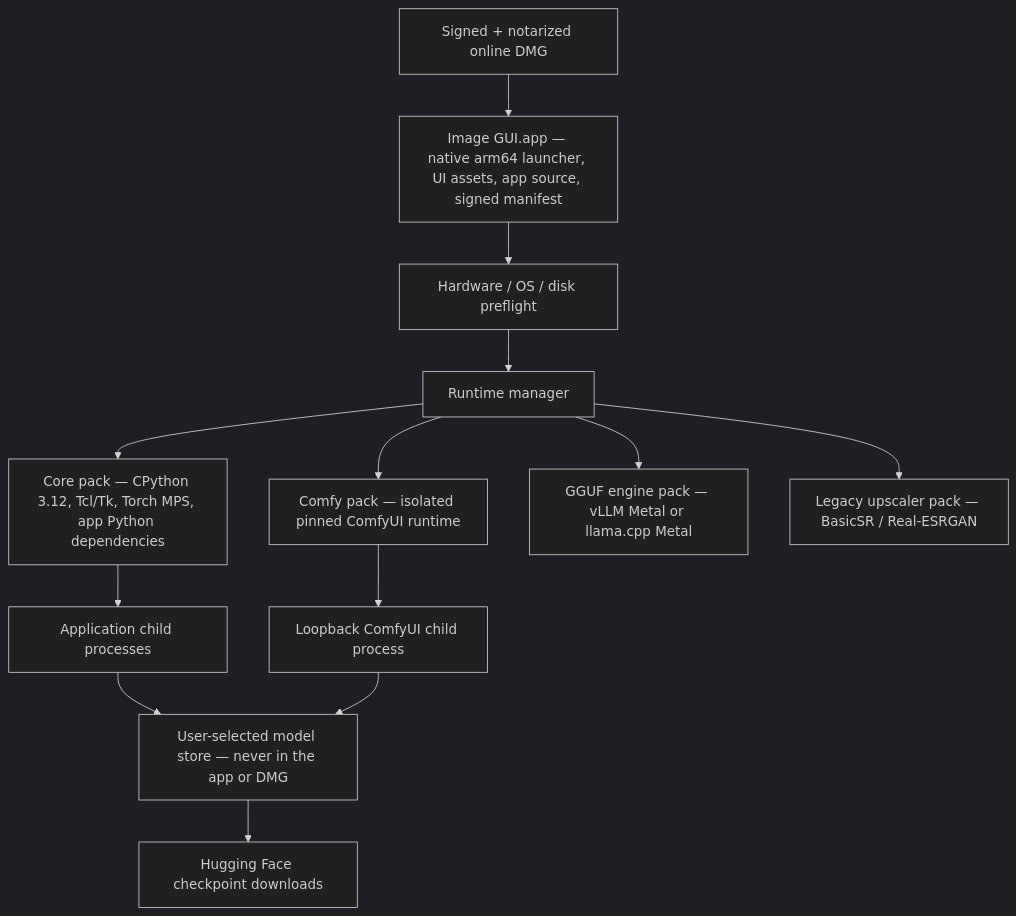
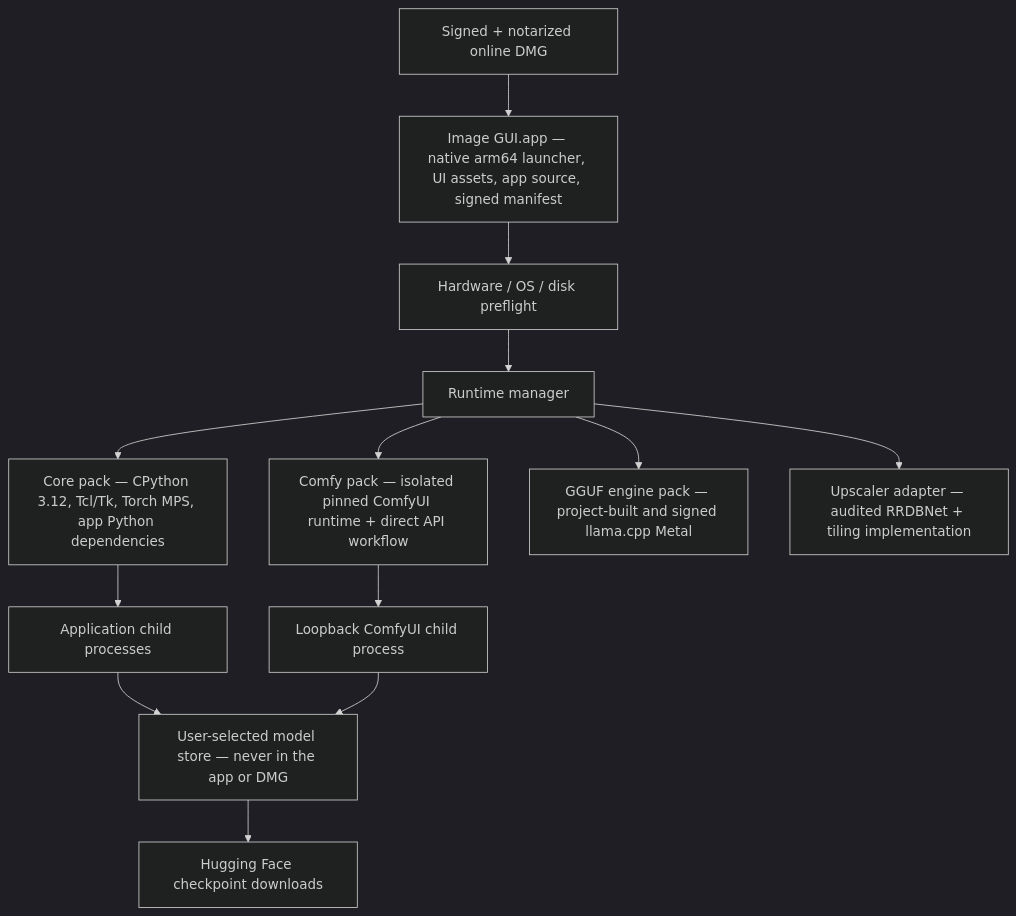
The second of 2 diagrams in docs/README.md (jaredturck/Image-GUI), drawn with Mermaid (dark theme) before and after one commit. The commit also changed other lines of this file, not shown here.

````diff
--- a/docs/README.md
+++ b/docs/README.md
@@ -292,15 +435,15 @@
 ```mermaid
 flowchart TD
     D["Signed + notarized online DMG"] --> A["Image GUI.app — native arm64 launcher, UI assets, app source, signed manifest"]
     A --> H["Hardware / OS / disk preflight"]
     H --> R["Runtime manager"]
     R --> C["Core pack — CPython 3.12, Tcl/Tk, Torch MPS, app Python dependencies"]
-    R --> F["Comfy pack — isolated pinned ComfyUI runtime"]
-    R --> V["GGUF engine pack — vLLM Metal or llama.cpp Metal"]
-    R --> U["Legacy upscaler pack — BasicSR / Real-ESRGAN"]
+    R --> F["Comfy pack — isolated pinned ComfyUI runtime + direct API workflow"]
+    R --> V["GGUF engine pack — project-built and signed llama.cpp Metal"]
+    R --> U["Upscaler adapter — audited RRDBNet + tiling implementation"]
     C --> P["Application child processes"]
     F --> L["Loopback ComfyUI child process"]
     P --> S["User-selected model store — never in the app or DMG"]
     L --> S
     S --> HF["Hugging Face checkpoint downloads"]
 ```
````
